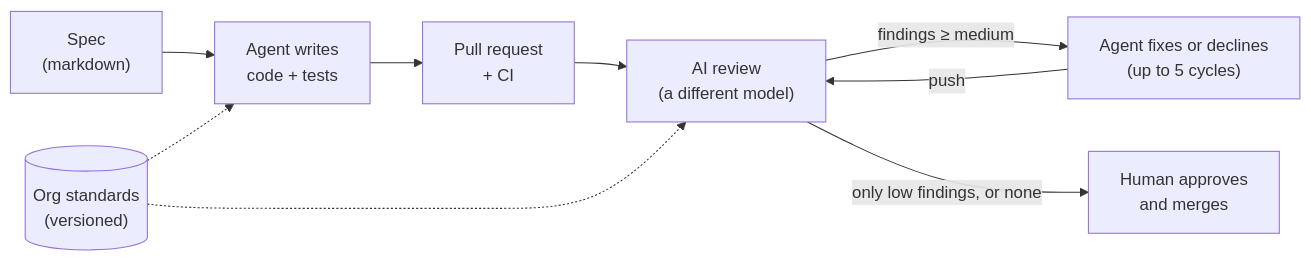
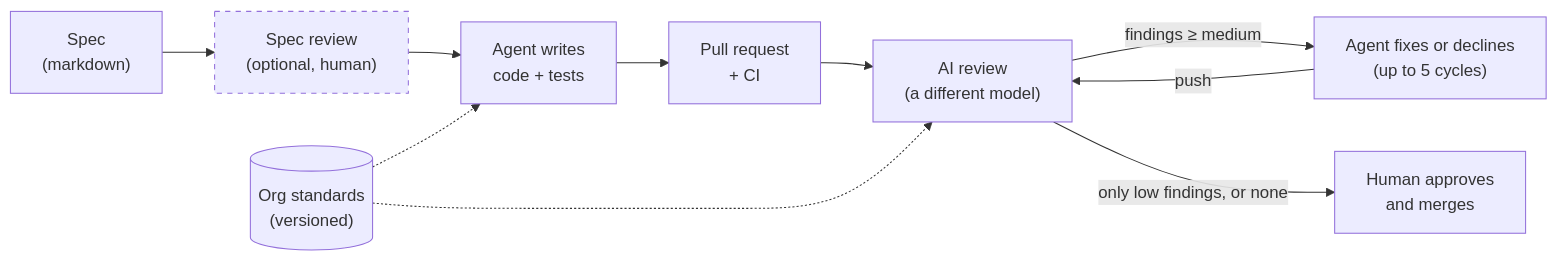
The diagram in README.md (gonzzza/ai-dev-automation), drawn with Mermaid before and after one commit. The commit also changed other lines of this file and 1 other file, not shown here.

First line of the commit message:
Name spec review as an optional step before the agent runs (#32)

````diff
--- a/README.md
+++ b/README.md
@@ -5,11 +5,14 @@
 ```mermaid
 flowchart LR
-  spec["Spec<br/>(markdown)"] --> agent["Agent writes<br/>code + tests"]
+  spec["Spec<br/>(markdown)"] --> specReview["Spec review<br/>(optional, human)"]
+  specReview --> agent["Agent writes<br/>code + tests"]
   agent --> pr["Pull request<br/>+ CI"]
   pr --> review["AI review<br/>(a different model)"]
   review -- "findings ≥ medium" --> fix["Agent fixes or declines<br/>(up to 5 cycles)"]
   fix -- "push" --> review
   review -- "only low findings, or none" --> human["Human approves<br/>and merges"]
   standards[("Org standards<br/>(versioned)")] -.-> agent
   standards -.-> review
+  classDef optional stroke-dasharray: 5 5
+  class specReview optional
 ```
````
